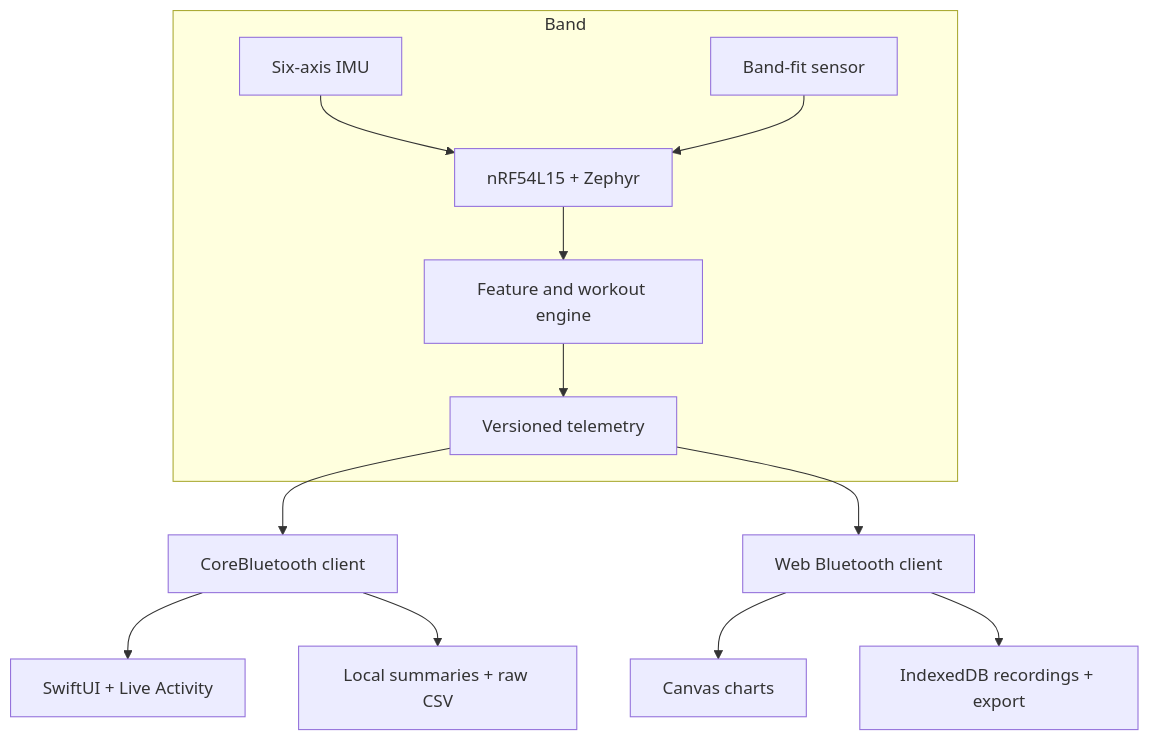
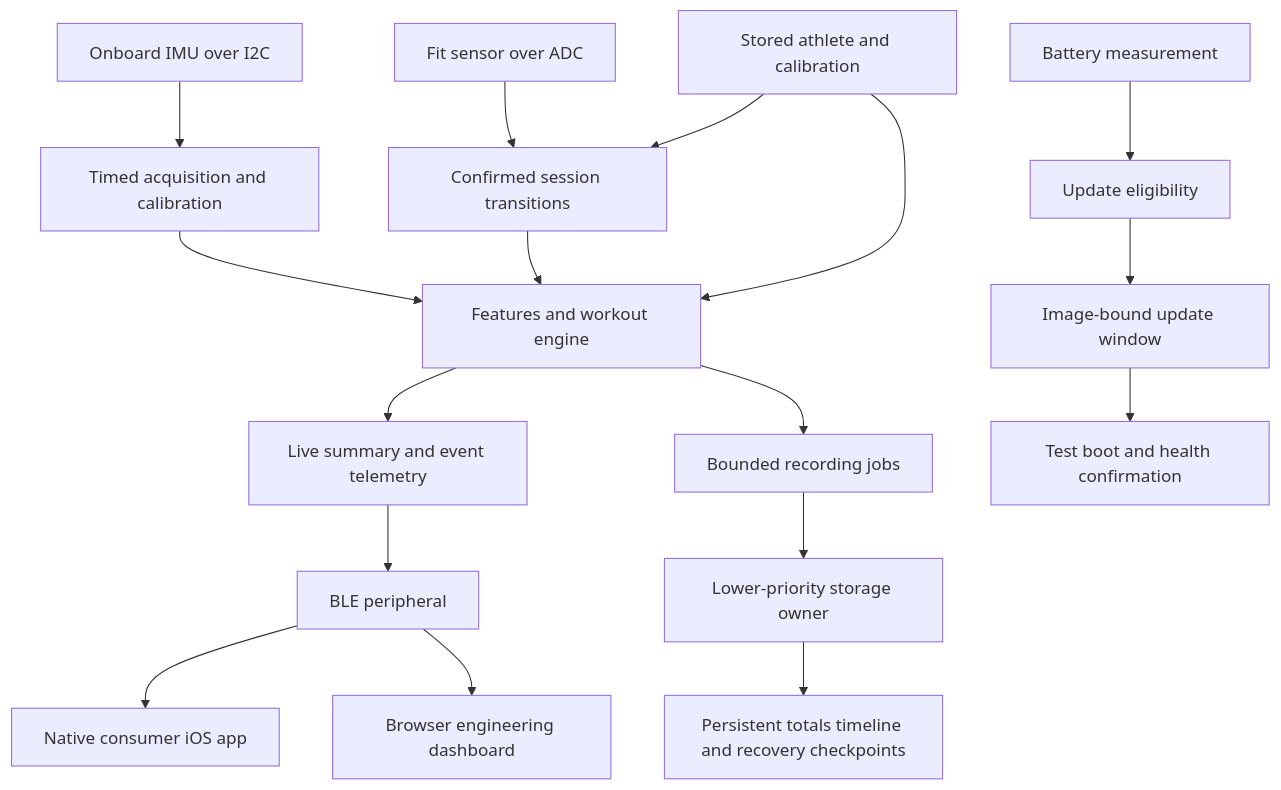
The diagram in docs/system-architecture.md (Kyntex-org/Kyntex-Technical-Public), drawn with Mermaid before and after one commit. The commit also changed other lines of this file and 27 other files, not shown here.

````diff
--- a/docs/system-architecture.md
+++ b/docs/system-architecture.md
@@ -7,21 +7,19 @@
 ```mermaid
 flowchart TD
-    subgraph Band
-        IMU[Six-axis IMU]
-        FIT[Band-fit sensor]
-        FW[nRF54L15 + Zephyr]
-        ENG[Feature and workout engine]
-        PKT[Versioned telemetry]
-        IMU --> FW
-        FIT --> FW
-        FW --> ENG
-        ENG --> PKT
-    end
-
-    PKT --> IOS[CoreBluetooth client]
-    PKT --> WEB[Web Bluetooth client]
-    IOS --> LIVE[SwiftUI + Live Activity]
-    IOS --> LOCAL[Local summaries + raw CSV]
-    WEB --> CHARTS[Canvas charts]
-    WEB --> DB[IndexedDB recordings + export]
+    IMU[Onboard IMU over I2C] --> ACQ[Timed acquisition and calibration]
+    FSR[Fit sensor over ADC] --> STATE[Confirmed session transitions]
+    BAT[Battery measurement] --> SAFETY[Update eligibility]
+    ACQ --> ENGINE[Features and workout engine]
+    PROFILE[Stored athlete and calibration] --> STATE
+    PROFILE --> ENGINE
+    STATE --> ENGINE
+    ENGINE --> LIVE[Live summary and event telemetry]
+    ENGINE --> JOBS[Bounded recording jobs]
+    JOBS --> OWNER[Lower-priority storage owner]
+    OWNER --> STORE[Persistent totals timeline and recovery checkpoints]
+    LIVE --> BLE[BLE peripheral]
+    BLE --> IOS[Native consumer iOS app]
+    BLE --> WEB[Browser engineering dashboard]
+    SAFETY --> OTA[Image-bound update window]
+    OTA --> BOOT[Test boot and health confirmation]
 ```
````
